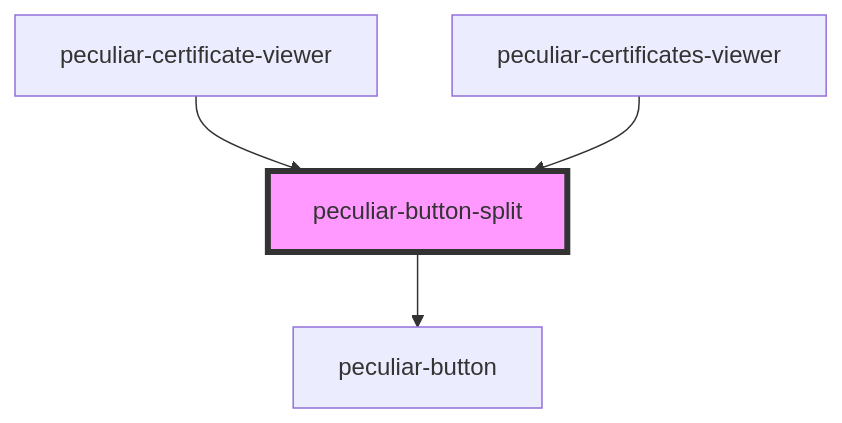
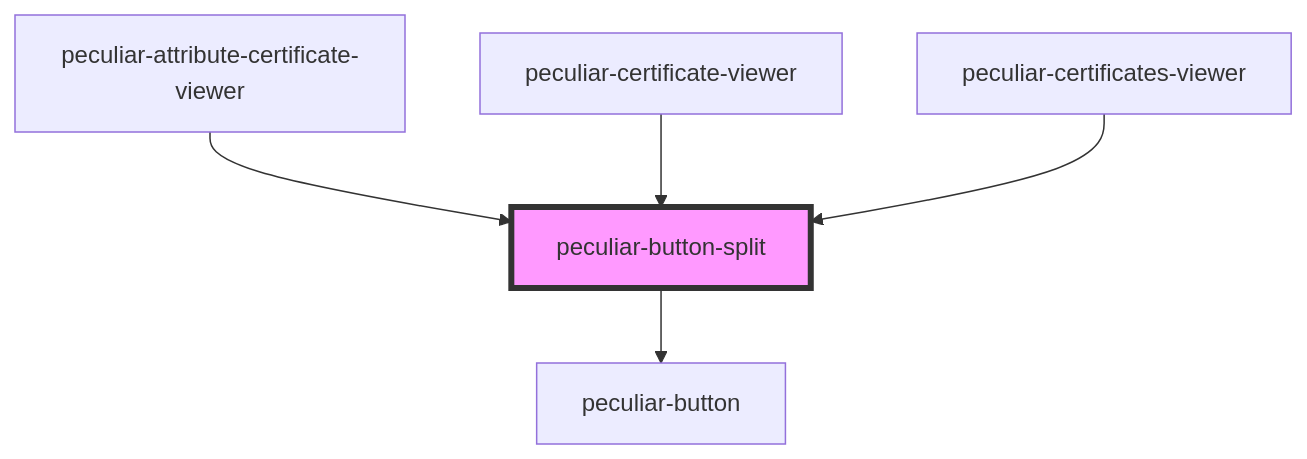
One commit to PeculiarVentures/pv-certificates-viewer changed the diagram in packages/webcomponents/src/components/button-split/readme.md. Above: the diagram before and after it, drawn with Mermaid. The commit also changed other lines of this file and 10 other files, not shown here.

Commit message:
feat(weebcomponents): split attribute certificate viewer to smaller parts

````diff
--- a/packages/webcomponents/src/components/button-split/readme.md
+++ b/packages/webcomponents/src/components/button-split/readme.md
@@ -29,7 +30,8 @@
 ```mermaid
 graph TD;
   peculiar-button-split --> peculiar-button
+  peculiar-attribute-certificate-viewer --> peculiar-button-split
   peculiar-certificate-viewer --> peculiar-button-split
   peculiar-certificates-viewer --> peculiar-button-split
   style peculiar-button-split fill:#f9f,stroke:#333,stroke-width:4px
 ```
````
